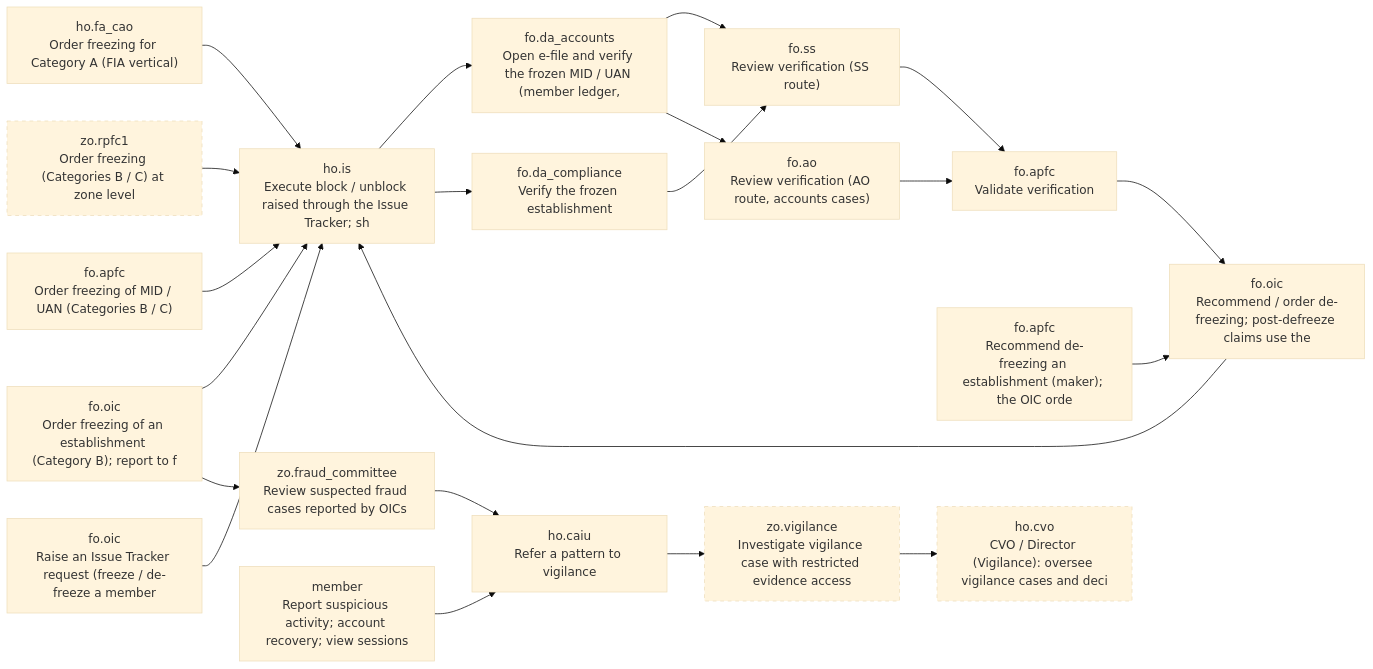
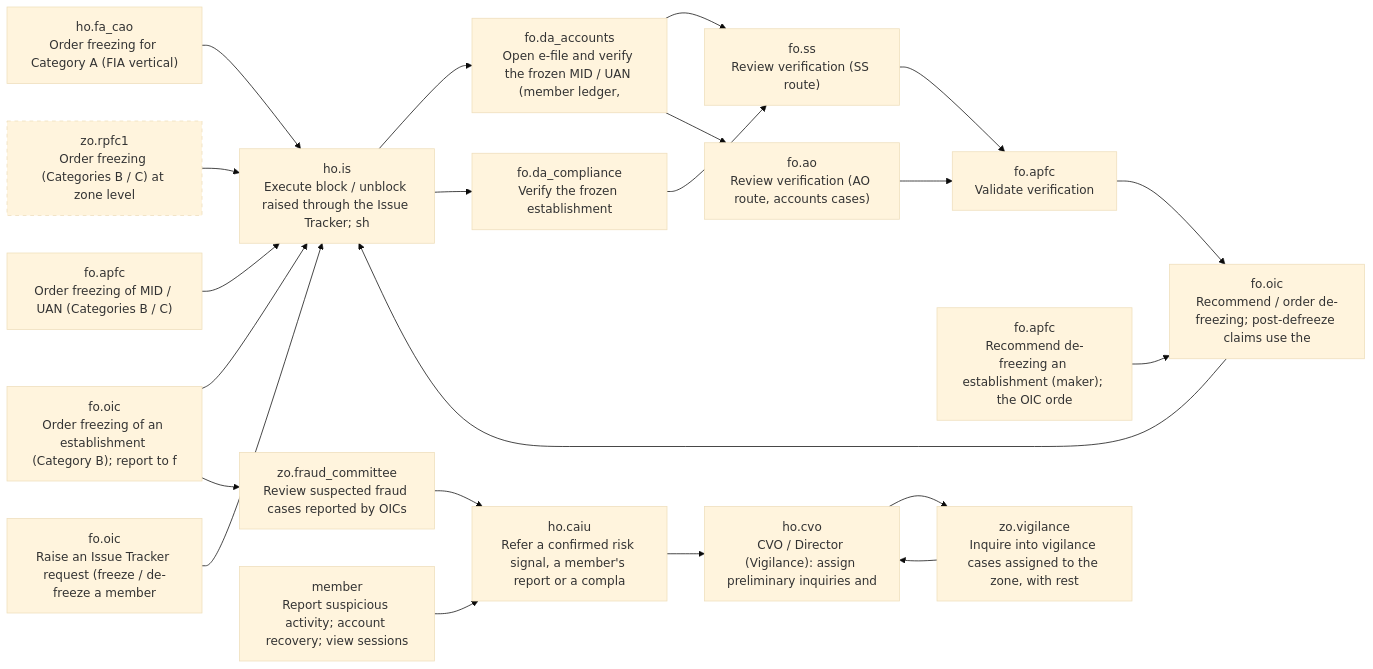
The seventh of 14 diagrams in docs/stakeholder-api-sets.md (gauravmeena0708/pf-life), drawn with Mermaid (base theme) before and after one commit. The commit also changed other lines of this file and 42 other files, not shown here.

First line of the commit message:
P2.10a: vigilance cases — referral, preliminary inquiry by the zone, findings, the CVO's decision

````diff
--- a/docs/stakeholder-api-sets.md
+++ b/docs/stakeholder-api-sets.md
@@ -1742,44 +1744,43 @@
 ```mermaid
 flowchart LR
   F07_freeze_ho["ho.fa_cao<br/>Order freezing for Category A (FIA vertical)"]
   F07_freeze_zo["zo.rpfc1<br/>Order freezing (Categories B / C) at zone level"]
   style F07_freeze_zo stroke-dasharray: 5 5
   F07_freeze_ro_member["fo.apfc<br/>Order freezing of MID / UAN (Categories B / C)"]
   F07_freeze_ro_est["fo.oic<br/>Order freezing of an establishment (Category B); report to f"]
   F07_issue_raise["fo.oic<br/>Raise an Issue Tracker request (freeze / de-freeze a member "]
   F07_block["ho.is<br/>Execute block / unblock raised through the Issue Tracker; sh"]
   F07_verify_member["fo.da_accounts<br/>Open e-file and verify the frozen MID / UAN (member ledger, "]
   F07_verify_est["fo.da_compliance<br/>Verify the frozen establishment"]
   F07_verify_ss["fo.ss<br/>Review verification (SS route)"]
   F07_verify_ao["fo.ao<br/>Review verification (AO route, accounts cases)"]
   F07_verify_apfc["fo.apfc<br/>Validate verification"]
   F07_defreeze_est_maker["fo.apfc<br/>Recommend de-freezing an establishment (maker); the OIC orde"]
   F07_defreeze["fo.oic<br/>Recommend / order de-freezing; post-defreeze claims use the "]
   F07_committee["zo.fraud_committee<br/>Review suspected fraud cases reported by OICs"]
-  F07_vig_referral["ho.caiu<br/>Refer a pattern to vigilance"]
-  F07_vig_zone["zo.vigilance<br/>Investigate vigilance case with restricted evidence access"]
-  style F07_vig_zone stroke-dasharray: 5 5
-  F07_vig_ho["ho.cvo<br/>CVO / Director (Vigilance): oversee vigilance cases and deci"]
-  style F07_vig_ho stroke-dasharray: 5 5
+  F07_vig_referral["ho.caiu<br/>Refer a confirmed risk signal, a member's report or a compla"]
+  F07_vig_zone["zo.vigilance<br/>Inquire into vigilance cases assigned to the zone, with rest"]
+  F07_vig_ho["ho.cvo<br/>CVO / Director (Vigilance): assign preliminary inquiries and"]
   F07_member_report["member<br/>Report suspicious activity; account recovery; view sessions"]
   F07_freeze_ho --> F07_block
   F07_freeze_zo --> F07_block
   F07_freeze_ro_member --> F07_block
   F07_freeze_ro_est --> F07_block
   F07_freeze_ro_est --> F07_committee
   F07_issue_raise --> F07_block
   F07_block --> F07_verify_member
   F07_block --> F07_verify_est
   F07_verify_member --> F07_verify_ss
   F07_verify_member --> F07_verify_ao
   F07_verify_est --> F07_verify_ss
   F07_verify_ss --> F07_verify_apfc
   F07_verify_ao --> F07_verify_apfc
   F07_verify_apfc --> F07_defreeze
   F07_defreeze_est_maker --> F07_defreeze
   F07_defreeze --> F07_block
   F07_committee --> F07_vig_referral
-  F07_vig_referral --> F07_vig_zone
+  F07_vig_referral --> F07_vig_ho
   F07_vig_zone --> F07_vig_ho
+  F07_vig_ho --> F07_vig_zone
   F07_member_report --> F07_vig_referral
 ```
````
